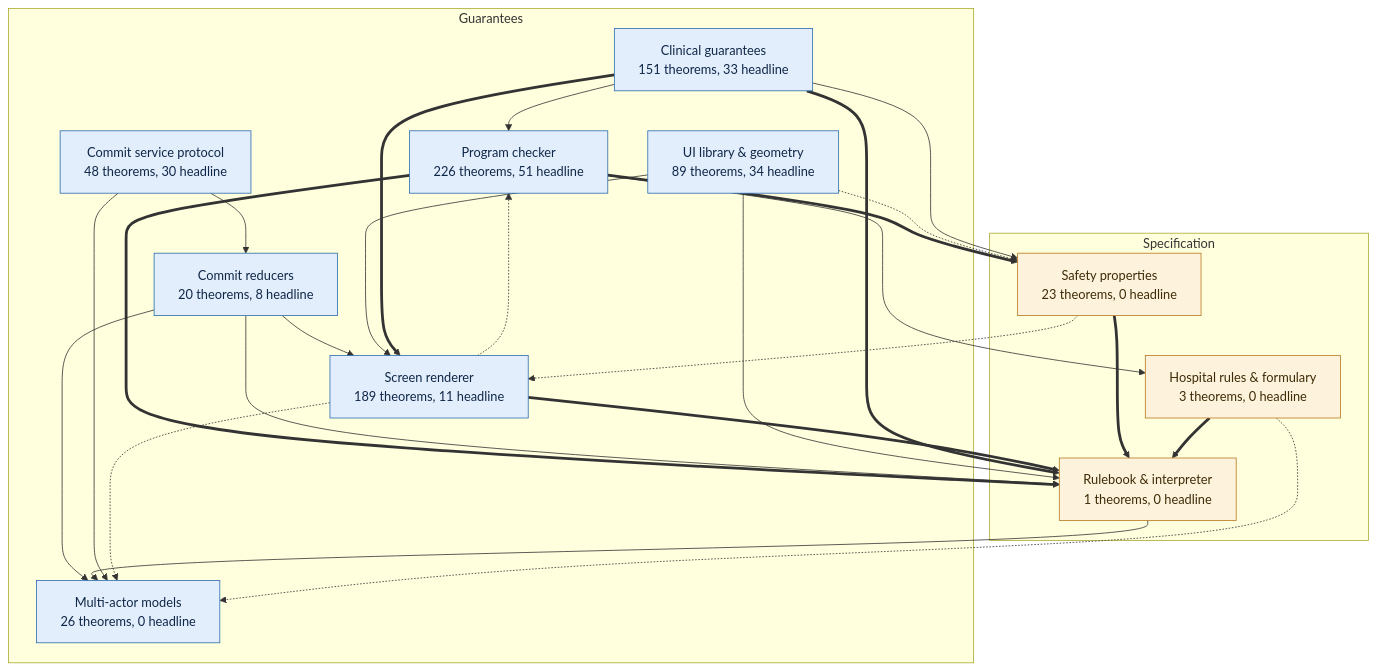
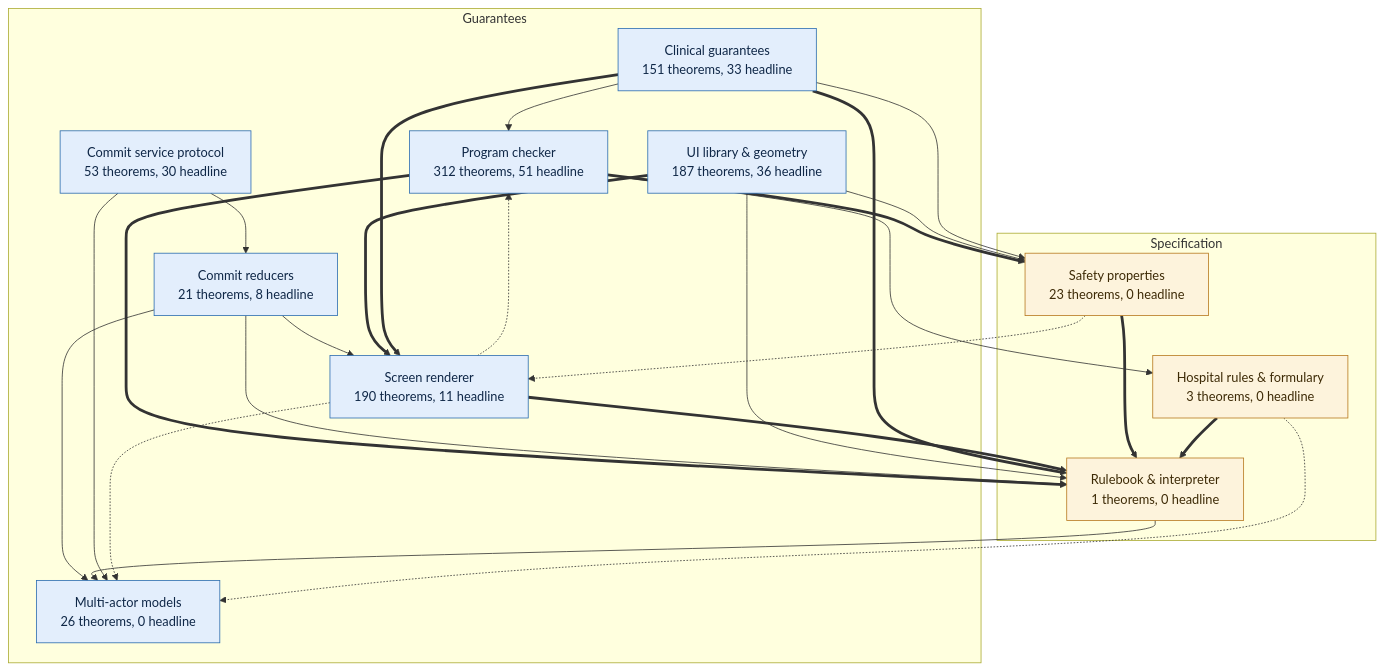
Before and after one commit to saithat/VGI-Health: the first of 9 diagrams in docs/proof-map.md, drawn with Mermaid. The commit also changed other lines of this file and 15 other files, not shown here.

````diff
--- a/docs/proof-map.md
+++ b/docs/proof-map.md
@@ -15,42 +15,42 @@
 ```mermaid
 flowchart TB
   subgraph guar_g["Guarantees"]
     proofs["Clinical guarantees<br/>151 theorems, 33 headline"]:::guar
-    check["Program checker<br/>226 theorems, 51 headline"]:::guar
-    render["Screen renderer<br/>189 theorems, 11 headline"]:::guar
-    layout["UI library &amp; geometry<br/>89 theorems, 34 headline"]:::guar
-    commit["Commit reducers<br/>20 theorems, 8 headline"]:::guar
-    protocol["Commit service protocol<br/>48 theorems, 30 headline"]:::guar
+    check["Program checker<br/>312 theorems, 51 headline"]:::guar
+    render["Screen renderer<br/>190 theorems, 11 headline"]:::guar
+    layout["UI library &amp; geometry<br/>187 theorems, 36 headline"]:::guar
+    commit["Commit reducers<br/>21 theorems, 8 headline"]:::guar
+    protocol["Commit service protocol<br/>53 theorems, 30 headline"]:::guar
     multi["Multi-actor models<br/>26 theorems, 0 headline"]:::guar
   end
   subgraph spec_g["Specification"]
     core["Rulebook &amp; interpreter<br/>1 theorems, 0 headline"]:::spec
     props["Safety properties<br/>23 theorems, 0 headline"]:::spec
     specs["Hospital rules &amp; formulary<br/>3 theorems, 0 headline"]:::spec
   end
   check ==> core
   check ==> props
   check --> specs
   commit --> core
   commit --> multi
   commit --> render
   core --> multi
   layout --> core
-  layout -.-> props
-  layout --> render
+  layout --> props
+  layout ==> render
   proofs --> check
   proofs ==> core
   proofs --> props
   proofs ==> render
   props ==> core
   props -.-> render
   protocol --> commit
   protocol --> multi
   render -.-> check
   render ==> core
   render -.-> multi
   specs ==> core
   specs -.-> multi
   classDef spec fill:#fdf3dc,stroke:#b7791f,color:#3d2a06
   classDef guar fill:#e3eefc,stroke:#2b6cb0,color:#0f2747
 ```
````
